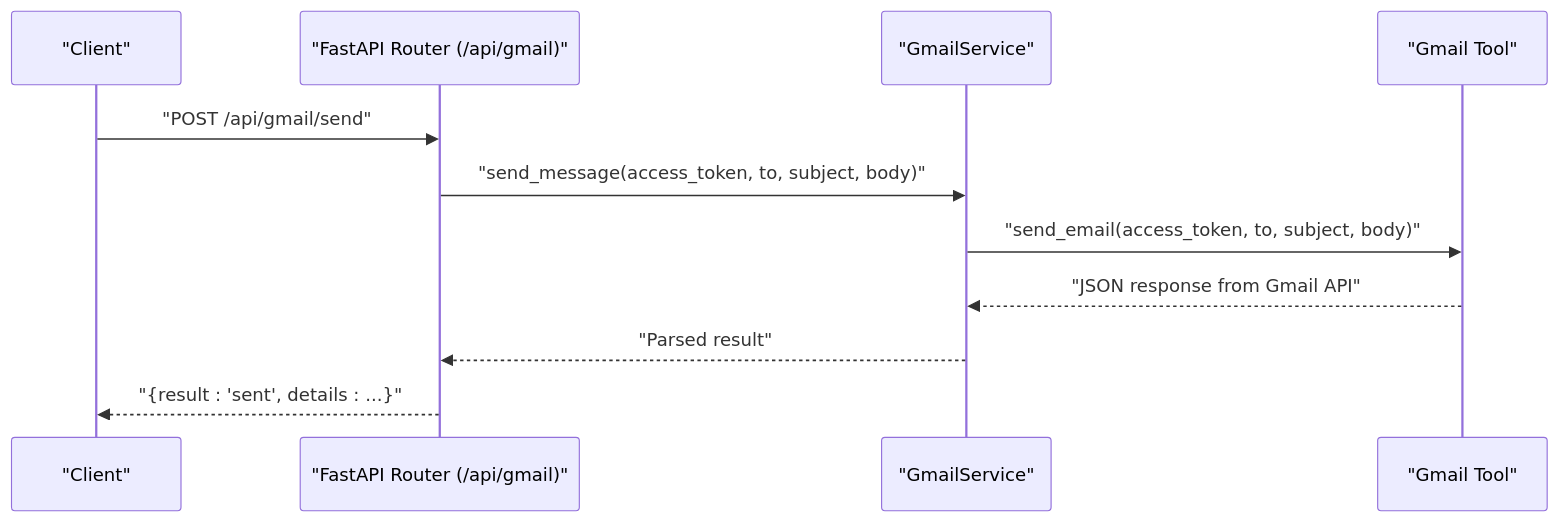
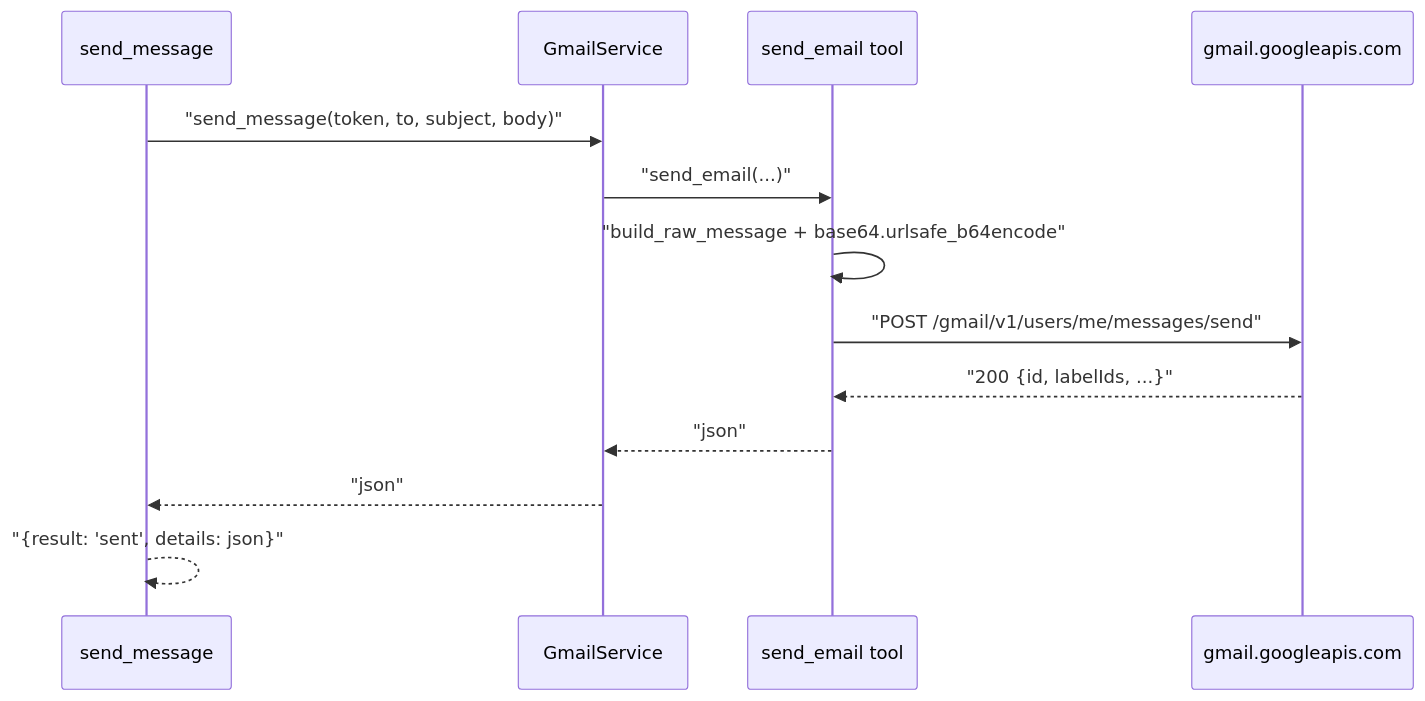
The fourth of 5 diagrams in src/data/docs/agentic-browser/API Server/Gmail Integration API.md (tashifkhan/tashif.codes), drawn with Mermaid before and after one commit. The commit also changed other lines of this file and 114 other files, not shown here.

````diff
--- a/src/data/docs/agentic-browser/API Server/Gmail Integration API.md
+++ b/src/data/docs/agentic-browser/API Server/Gmail Integration API.md
@@ -52,13 +134,15 @@
 ```mermaid
 sequenceDiagram
-participant C as "Client"
-participant F as "FastAPI Router (/api/gmail)"
-participant SVC as "GmailService"
-participant T as "Gmail Tool"
-C->>F : "POST /api/gmail/send"
-F->>SVC : "send_message(access_token, to, subject, body)"
-SVC->>T : "send_email(access_token, to, subject, body)"
-T-->>SVC : "JSON response from Gmail API"
-SVC-->>F : "Parsed result"
-F-->>C : "{result : 'sent', details : ...}"
+  participant R as send_message
+  participant G as GmailService
+  participant T as send_email tool
+  participant API as gmail.googleapis.com
+  R->>G: "send_message(token, to, subject, body)"
+  G->>T: "send_email(...)"
+  T->>T: "build_raw_message + base64.urlsafe_b64encode"
+  T->>API: "POST /gmail/v1/users/me/messages/send"
+  API-->>T: "200 {id, labelIds, ...}"
+  T-->>G: "json"
+  G-->>R: "json"
+  R-->>R: "{result: 'sent', details: json}"
 ```
````
